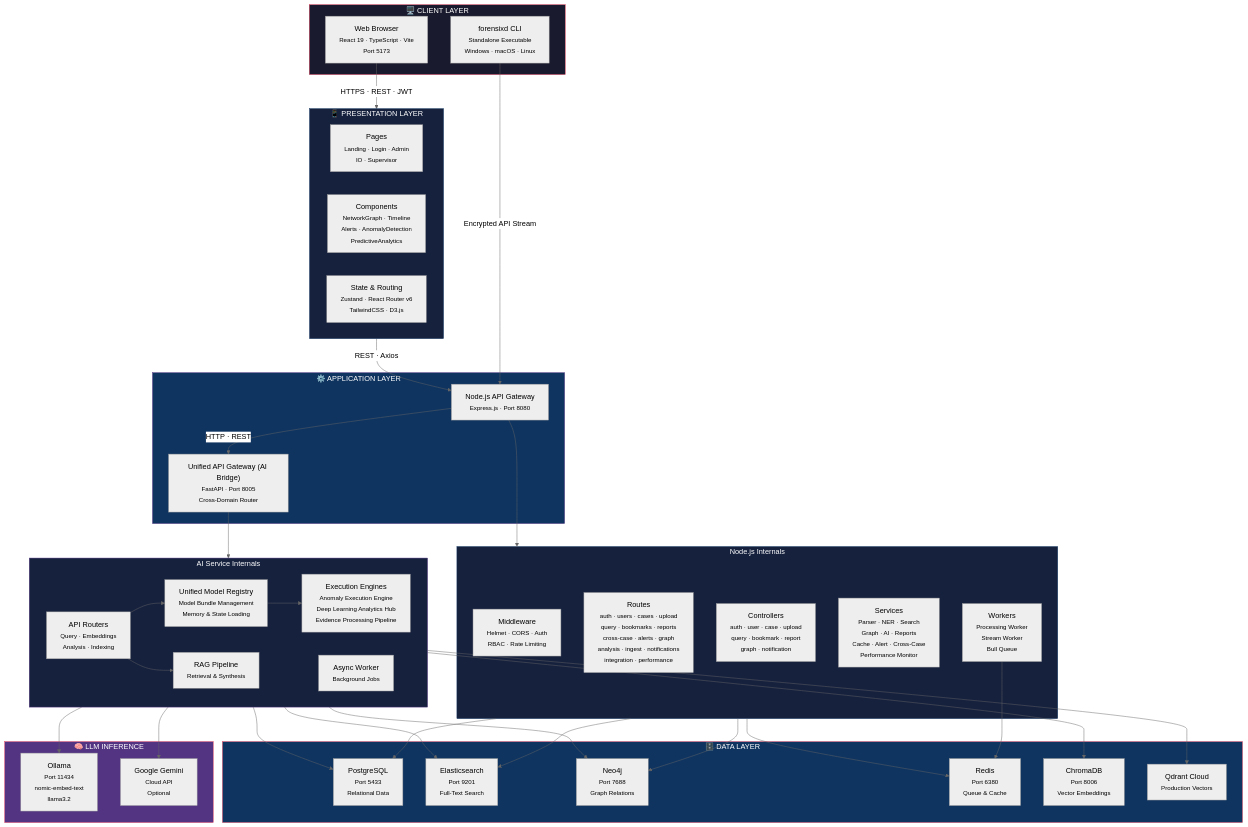
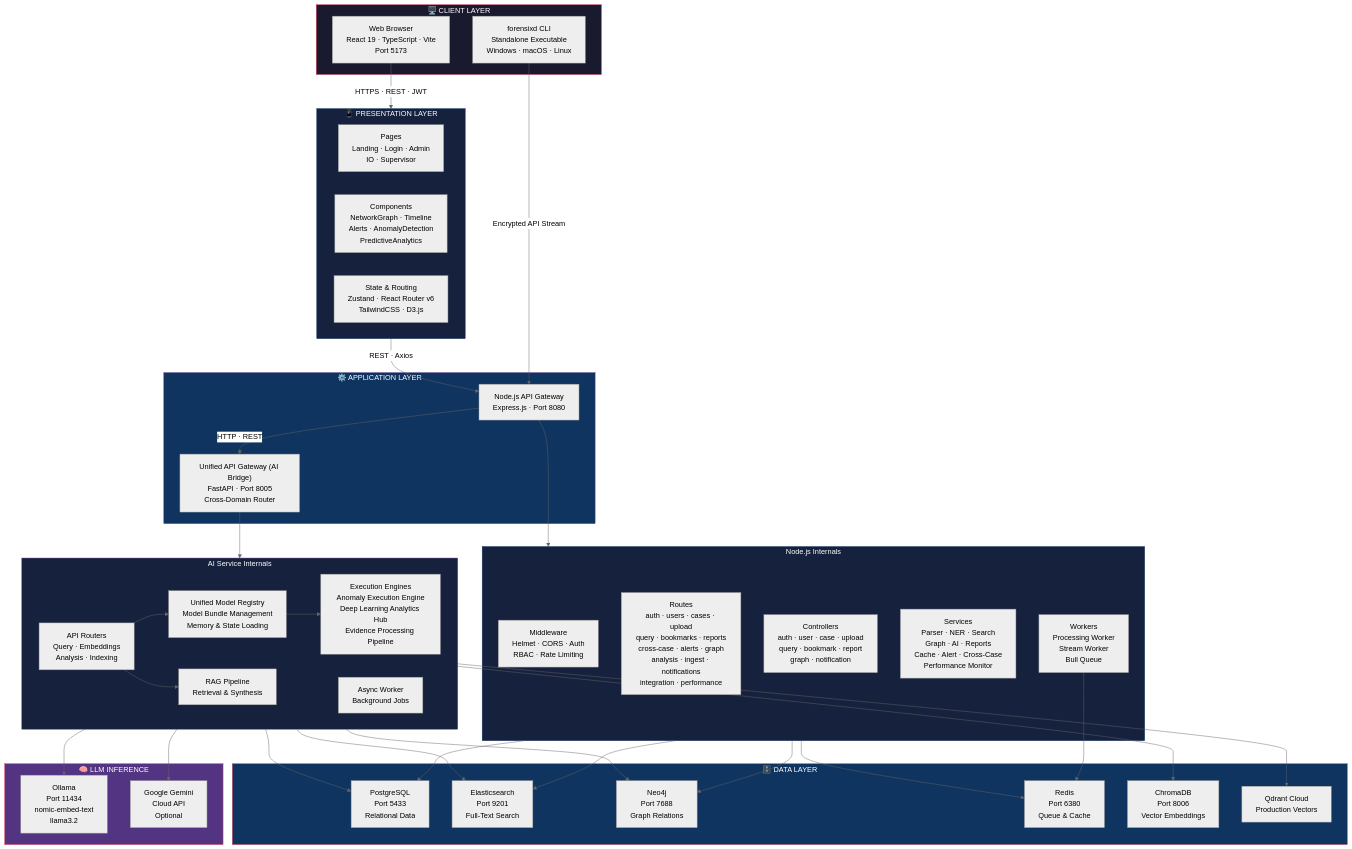
Before and after one commit to beingbrijesh/CopSight: the first of 7 diagrams in ARCHITECTURE-DIAGRAM.md, drawn with Mermaid (neutral theme). The commit also changed other lines of this file and 4 other files, not shown here.

Commit message:
docs: Fix Mermaid diagram text cropping and add professional Contributors section

````diff
--- a/ARCHITECTURE-DIAGRAM.md
+++ b/ARCHITECTURE-DIAGRAM.md
@@ -9,71 +9,71 @@
 ```mermaid
 graph TB
     subgraph Clients["🖥️ CLIENT LAYER"]
-        Browser["Web Browser<br/><small>React 19 · TypeScript · Vite<br/>Port 5173</small>"]
-        ForensixdCLI["forensixd CLI<br/><small>Standalone Executable<br/>Windows · macOS · Linux</small>"]
+        Browser["Web Browser<br/>React 19 · TypeScript · Vite<br/>Port 5173"]
+        ForensixdCLI["forensixd CLI<br/>Standalone Executable<br/>Windows · macOS · Linux"]
     end
 
     subgraph Presentation["📱 PRESENTATION LAYER"]
         direction LR
-        Pages["Pages<br/><small>Landing · Login · Admin<br/>IO · Supervisor</small>"]
-        Components["Components<br/><small>NetworkGraph · Timeline<br/>Alerts · AnomalyDetection<br/>PredictiveAnalytics</small>"]
-        State["State & Routing<br/><small>Zustand · React Router v6<br/>TailwindCSS · D3.js</small>"]
+        Pages["Pages<br/>Landing · Login · Admin<br/>IO · Supervisor"]
+        Components["Components<br/>NetworkGraph · Timeline<br/>Alerts · AnomalyDetection<br/>PredictiveAnalytics"]
+        State["State & Routing<br/>Zustand · React Router v6<br/>TailwindCSS · D3.js"]
     end
 
     subgraph Application["⚙️ APPLICATION LAYER"]
-        Backend["Node.js API Gateway<br/><small>Express.js · Port 8080</small>"]
-        AIService["Unified API Gateway (AI Bridge)<br/><small>FastAPI · Port 8005<br/>Cross-Domain Router</small>"]
+        Backend["Node.js API Gateway<br/>Express.js · Port 8080"]
+        AIService["Unified API Gateway (AI Bridge)<br/>FastAPI · Port 8005<br/>Cross-Domain Router"]
     end
 
     subgraph BackendDetail["Node.js Internals"]
-        Middleware["Middleware<br/><small>Helmet · CORS · Auth<br/>RBAC · Rate Limiting</small>"]
-        Routes["Routes<br/><small>auth · users · cases · upload<br/>query · bookmarks · reports<br/>cross-case · alerts · graph<br/>analysis · ingest · notifications<br/>integration · performance</small>"]
-        Controllers["Controllers<br/><small>auth · user · case · upload<br/>query · bookmark · report<br/>graph · notification</small>"]
-        Services["Services<br/><small>Parser · NER · Search<br/>Graph · AI · Reports<br/>Cache · Alert · Cross-Case<br/>Performance Monitor</small>"]
-        Workers["Workers<br/><small>Processing Worker<br/>Stream Worker<br/>Bull Queue</small>"]
+        Middleware["Middleware<br/>Helmet · CORS · Auth<br/>RBAC · Rate Limiting"]
+        Routes["Routes<br/>auth · users · cases · upload<br/>query · bookmarks · reports<br/>cross-case · alerts · graph<br/>analysis · ingest · notifications<br/>integration · performance"]
+        Controllers["Controllers<br/>auth · user · case · upload<br/>query · bookmark · report<br/>graph · notification"]
+        Services["Services<br/>Parser · NER · Search<br/>Graph · AI · Reports<br/>Cache · Alert · Cross-Case<br/>Performance Monitor"]
+        Workers["Workers<br/>Processing Worker<br/>Stream Worker<br/>Bull Queue"]
     end
 
     subgraph AIDetail["AI Service Internals"]
-        AIRouters["API Routers<br/><small>Query · Embeddings<br/>Analysis · Indexing</small>"]
-        ModelRegistry["Unified Model Registry<br/><small>Model Bundle Management<br/>Memory & State Loading</small>"]
-        ExecutionEngines["Execution Engines<br/><small>Anomaly Execution Engine<br/>Deep Learning Analytics Hub<br/>Evidence Processing Pipeline</small>"]
-        RAGService["RAG Pipeline<br/><small>Retrieval & Synthesis</small>"]
-        AIWorker["Async Worker<br/><small>Background Jobs</small>"]
+        AIRouters["API Routers<br/>Query · Embeddings<br/>Analysis · Indexing"]
+        ModelRegistry["Unified Model Registry<br/>Model Bundle Management<br/>Memory & State Loading"]
+        ExecutionEngines["Execution Engines<br/>Anomaly Execution Engine<br/>Deep Learning Analytics Hub<br/>Evidence Processing Pipeline"]
+        RAGService["RAG Pipeline<br/>Retrieval & Synthesis"]
+        AIWorker["Async Worker<br/>Background Jobs"]
     end
 
     subgraph Data["🗄️ DATA LAYER"]
-        PG["PostgreSQL<br/><small>Port 5433<br/>Relational Data</small>"]
-        ES["Elasticsearch<br/><small>Port 9201<br/>Full-Text Search</small>"]
-        Neo["Neo4j<br/><small>Port 7688<br/>Graph Relations</small>"]
-        Redis["Redis<br/><small>Port 6380<br/>Queue & Cache</small>"]
-        Chroma["ChromaDB<br/><small>Port 8006<br/>Vector Embeddings</small>"]
-        Qdrant["Qdrant Cloud<br/><small>Production Vectors</small>"]
+        PG["PostgreSQL<br/>Port 5433<br/>Relational Data"]
+        ES["Elasticsearch<br/>Port 9201<br/>Full-Text Search"]
+        Neo["Neo4j<br/>Port 7688<br/>Graph Relations"]
+        Redis["Redis<br/>Port 6380<br/>Queue & Cache"]
+        Chroma["ChromaDB<br/>Port 8006<br/>Vector Embeddings"]
+        Qdrant["Qdrant Cloud<br/>Production Vectors"]
     end
 
     subgraph LLM["🧠 LLM INFERENCE"]
-        Ollama["Ollama<br/><small>Port 11434<br/>nomic-embed-text<br/>llama3.2</small>"]
-        Gemini["Google Gemini<br/><small>Cloud API<br/>Optional</small>"]
+        Ollama["Ollama<br/>Port 11434<br/>nomic-embed-text<br/>llama3.2"]
+        Gemini["Google Gemini<br/>Cloud API<br/>Optional"]
     end
 
     Browser -->|"HTTPS · REST · JWT"| Presentation
     Presentation -->|"REST · Axios"| Backend
     ForensixdCLI -->|"Encrypted API Stream"| Backend
     Backend --> BackendDetail
     Backend -->|"HTTP · REST"| AIService
     AIService --> AIDetail
     AIRouters --> ModelRegistry
     AIRouters --> RAGService
     ModelRegistry --> ExecutionEngines
     BackendDetail --> PG & ES & Neo & Redis
     AIDetail --> PG & ES & Neo & Chroma & Qdrant
     AIDetail --> Ollama & Gemini
     Workers --> Redis
 
     style Clients fill:#1a1a2e,stroke:#e94560,color:#fff
     style Presentation fill:#16213e,stroke:#0f3460,color:#fff
     style Application fill:#0f3460,stroke:#533483,color:#fff
     style BackendDetail fill:#16213e,stroke:#0f3460,color:#fff
     style AIDetail fill:#16213e,stroke:#533483,color:#fff
     style Data fill:#0f3460,stroke:#e94560,color:#fff
     style LLM fill:#533483,stroke:#e94560,color:#fff
 ```
````
